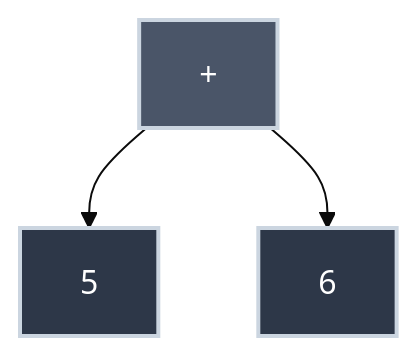
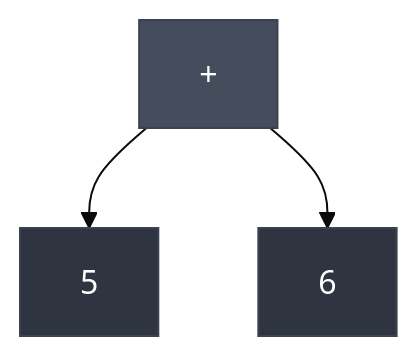
Before and after one commit to bradpenney/exploring_computer_science: the second of 8 diagrams in docs/fundamentals/scheme_and_parse_trees.md, drawn with Mermaid (base theme). The commit also changed other lines of this file and 7 other files, not shown here.

````diff
--- a/docs/fundamentals/scheme_and_parse_trees.md
+++ b/docs/fundamentals/scheme_and_parse_trees.md
@@ -164,9 +234,9 @@
-```mermaid
-graph TD
-    Plus["+"] --> Five["5"]
-    Plus --> Six["6"]
+    ```mermaid
+    graph TD
+        Plus["+"] --> Five["5"]
+        Plus --> Six["6"]
 
-    style Plus fill:#4a5568,stroke:#cbd5e0,stroke-width:2px,color:#fff
-    style Five fill:#2d3748,stroke:#cbd5e0,stroke-width:2px,color:#fff
-    style Six fill:#2d3748,stroke:#cbd5e0,stroke-width:2px,color:#fff
-```
+        style Plus fill:#454d5d,stroke:#3b4252,color:#fff
+        style Five fill:#2e3440,stroke:#3b4252,color:#fff
+        style Six fill:#2e3440,stroke:#3b4252,color:#fff
+    ```
````
